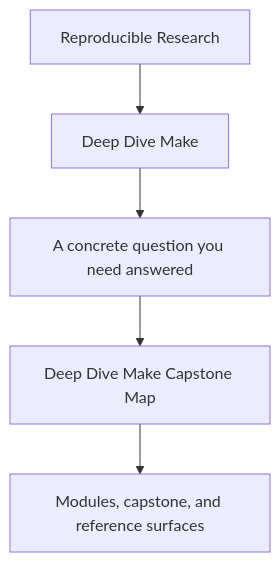
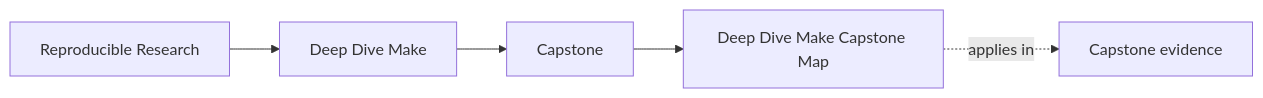
The first of 2 diagrams in programs/reproducible-research/deep-dive-make/course-book/capstone/capstone-map.md (bijux/bijux-masterclass), drawn with Mermaid before and after one commit. The commit also changed other lines of this file and 146 other files, not shown here.

Commit message:
docs(deep-dive-make): map build truth and release review surfaces

````diff
--- a/programs/reproducible-research/deep-dive-make/course-book/capstone/capstone-map.md
+++ b/programs/reproducible-research/deep-dive-make/course-book/capstone/capstone-map.md
@@ -6,7 +6,11 @@
 ```mermaid
-flowchart TD
-  family["Reproducible Research"] --> program["Deep Dive Make"]
-  program --> pressure["A concrete question you need answered"]
-  pressure --> guide["Deep Dive Make Capstone Map"]
-  guide --> next["Modules, capstone, and reference surfaces"]
+graph LR
+  family["Reproducible Research"]
+  program["Deep Dive Make"]
+  section["Capstone"]
+  page["Deep Dive Make Capstone Map"]
+  capstone["Capstone evidence"]
+
+  family --> program --> section --> page
+  page -.applies in.-> capstone
 ```
````
